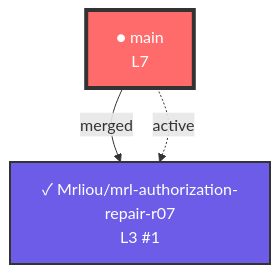
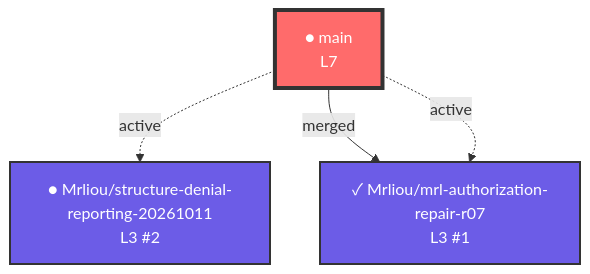
Before and after one commit to dofaromg/mrlioudb: the diagram in neural-links/synaptic-graph.mermaid, drawn with Mermaid. The commit also changed 1 other file, not shown here.

Commit message:
🧠 Auto-sync neural network map [skip ci]

````diff
--- a/neural-links/synaptic-graph.mermaid
+++ b/neural-links/synaptic-graph.mermaid
@@ -1,19 +1,21 @@
 ```mermaid
 graph TD
   %% 神經網絡分支圖譜 - origin_signature: MrLiouWord
 
   %% 節點定義
   main["● main<br/>L7"]:::trunk
+  Mrliou_structure_denial_reporting_20261011["● Mrliou/structure-denial-reporting-20261011<br/>L3 #2"]:::experimental
   Mrliou_mrl_authorization_repair_r07["✓ Mrliou/mrl-authorization-repair-r07<br/>L3 #1"]:::experimental
 
   %% 連結定義
+  main -.->|active| Mrliou_structure_denial_reporting_20261011
   main -->|merged| Mrliou_mrl_authorization_repair_r07
   main -.->|active| Mrliou_mrl_authorization_repair_r07
 
   %% 樣式定義
   classDef trunk fill:#ff6b6b,stroke:#333,stroke-width:4px,color:#fff
   classDef cognitive fill:#4ecdc4,stroke:#333,stroke-width:3px,color:#000
   classDef feature fill:#95e1d3,stroke:#333,stroke-width:2px,color:#000
   classDef hotfix fill:#f9ca24,stroke:#333,stroke-width:2px,color:#000
   classDef experimental fill:#6c5ce7,stroke:#333,stroke-width:2px,color:#fff
 ```
````
